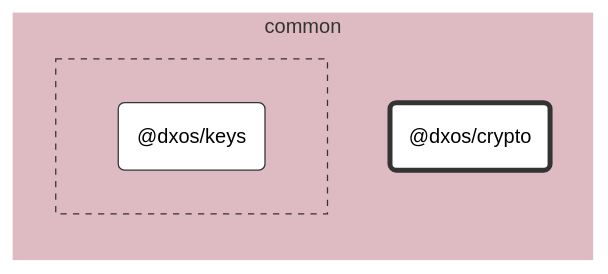
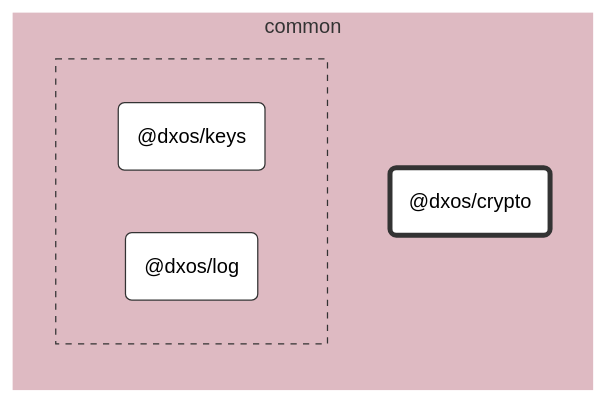
One commit to dxos/dxos changed the diagram in packages/common/crypto/docs/README.md. Above: the diagram before and after it, drawn with Mermaid (neutral theme). The commit also changed other lines of this file and 64 other files, not shown here.

````diff
--- a/packages/common/crypto/docs/README.md
+++ b/packages/common/crypto/docs/README.md
@@ -7,26 +7,28 @@
 ```mermaid
 %%{ init: {'flowchart':{'curve':'basis'}} }%%
 
 flowchart LR
 
 %% Classes
 classDef def fill:#fff,stroke:#333,stroke-width:1px
 classDef root fill:#fff,stroke:#333,stroke-width:4px
 
 %% Nodes
 
 subgraph common [common]
   style common fill:#debac2,stroke:#fff
   dxos/crypto("@dxos/crypto"):::root
   click dxos/crypto "dxos/dxos/tree/main/packages/common/crypto/docs"
 
   subgraph common-excluded [ ]
     style common-excluded fill:#debac2,stroke:#333,stroke-dasharray:5 5
     dxos/keys("@dxos/keys"):::def
     click dxos/keys "dxos/dxos/tree/main/packages/common/keys/docs"
+    dxos/log("@dxos/log"):::def
+    click dxos/log "dxos/dxos/tree/main/packages/common/log/docs"
   end
 end
 
 %% Links
 linkStyle default stroke:#333,stroke-width:1px
 ```
````
